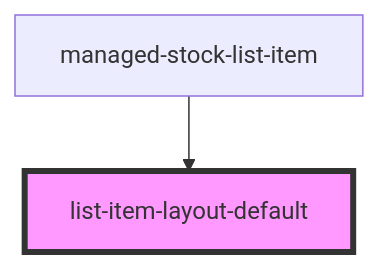
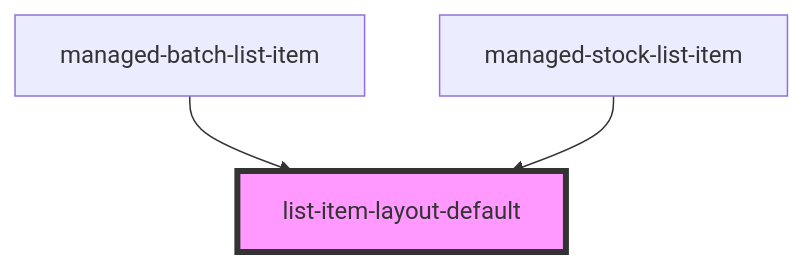
One commit to PharmaLedger-IMI/fgt-workspace changed the diagram in pdm-web-components/src/components/list-item-layout-default/readme.md. Above: the diagram before and after it, drawn with Mermaid. The commit also changed other lines of this file and 3 other files, not shown here.

Commit message:
refs #51 managed batch list item now implements new layout

````diff
--- a/pdm-web-components/src/components/list-item-layout-default/readme.md
+++ b/pdm-web-components/src/components/list-item-layout-default/readme.md
@@ -26,5 +27,6 @@
 ```mermaid
 graph TD;
+  managed-batch-list-item --> list-item-layout-default
   managed-stock-list-item --> list-item-layout-default
   style list-item-layout-default fill:#f9f,stroke:#333,stroke-width:4px
 ```
````
